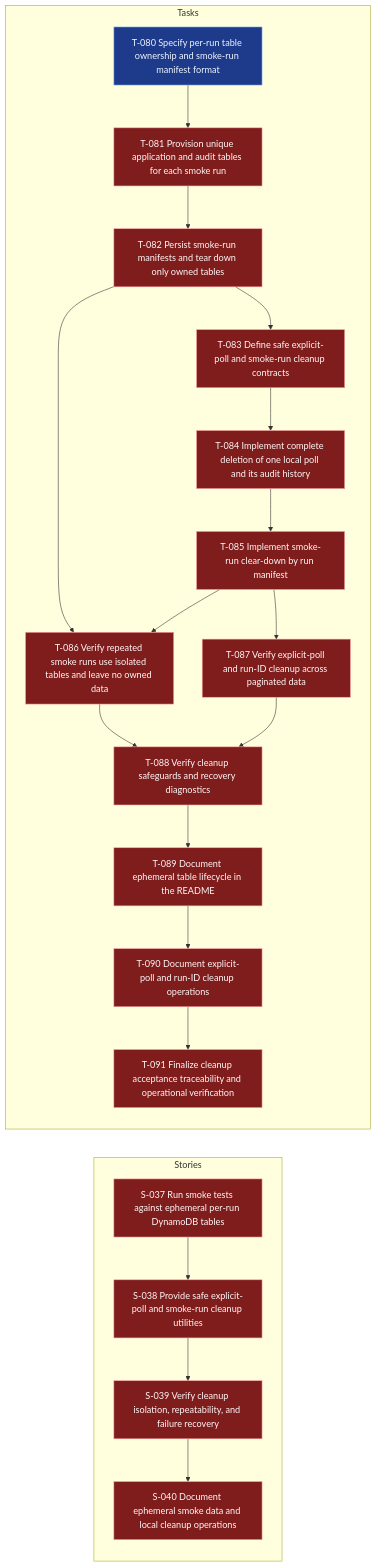
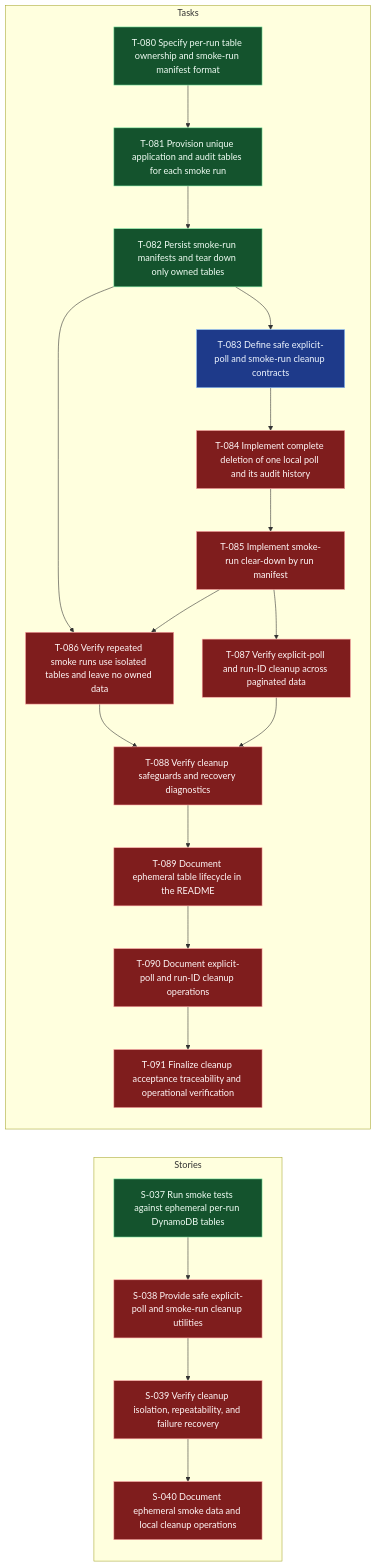
The diagram in .worktracker/graphs/E-011.mmd (andybalham/invite-agent), drawn with Mermaid before and after one commit. The commit also changed 18 other files, not shown here.

First line of the commit message:
feat(smoke-tests): implement smoke run manifest management and cleanup utilities

```diff
--- a/.worktracker/graphs/E-011.mmd
+++ b/.worktracker/graphs/E-011.mmd
@@ -1,58 +1,58 @@
 graph LR
   classDef done fill:#14532d,stroke:#86efac,color:#f0fdf4;
   classDef blocked fill:#7f1d1d,stroke:#fca5a5,color:#fff7f7;
   classDef inprogress fill:#78350f,stroke:#fbbf24,color:#fffbeb;
   classDef todo fill:#1e3a8a,stroke:#93c5fd,color:#eff6ff;
   classDef empty fill:#374151,stroke:#d1d5db,color:#f9fafb,stroke-dasharray: 3 3;
   subgraph Stories
-    S037["S-037 Run smoke tests against ephemeral per-run DynamoDB tables"]:::blocked
+    S037["S-037 Run smoke tests against ephemeral per-run DynamoDB tables"]:::done
     S038["S-038 Provide safe explicit-poll and smoke-run cleanup utilities"]:::blocked
     S039["S-039 Verify cleanup isolation, repeatability, and failure recovery"]:::blocked
     S040["S-040 Document ephemeral smoke data and local cleanup operations"]:::blocked
     S037 --> S038
     S038 --> S039
     S039 --> S040
   end
   subgraph Tasks
-    T080["T-080 Specify per-run table ownership and smoke-run manifest format"]:::todo
-    T081["T-081 Provision unique application and audit tables for each smoke run"]:::blocked
-    T082["T-082 Persist smoke-run manifests and tear down only owned tables"]:::blocked
-    T083["T-083 Define safe explicit-poll and smoke-run cleanup contracts"]:::blocked
+    T080["T-080 Specify per-run table ownership and smoke-run manifest format"]:::done
+    T081["T-081 Provision unique application and audit tables for each smoke run"]:::done
+    T082["T-082 Persist smoke-run manifests and tear down only owned tables"]:::done
+    T083["T-083 Define safe explicit-poll and smoke-run cleanup contracts"]:::todo
     T084["T-084 Implement complete deletion of one local poll and its audit history"]:::blocked
     T085["T-085 Implement smoke-run clear-down by run manifest"]:::blocked
     T086["T-086 Verify repeated smoke runs use isolated tables and leave no owned data"]:::blocked
     T087["T-087 Verify explicit-poll and run-ID cleanup across paginated data"]:::blocked
     T088["T-088 Verify cleanup safeguards and recovery diagnostics"]:::blocked
     T089["T-089 Document ephemeral table lifecycle in the README"]:::blocked
     T090["T-090 Document explicit-poll and run-ID cleanup operations"]:::blocked
     T091["T-091 Finalize cleanup acceptance traceability and operational verification"]:::blocked
     T080 --> T081
     T081 --> T082
     T082 --> T083
     T082 --> T086
     T083 --> T084
     T084 --> T085
     T085 --> T086
     T085 --> T087
     T086 --> T088
     T087 --> T088
     T088 --> T089
     T089 --> T090
     T090 --> T091
   end
   click S037 "../entities/S-037-run-smoke-tests-against-ephemeral-per-run-dynamodb-tables.md"
   click S038 "../entities/S-038-provide-safe-explicit-poll-and-smoke-run-cleanup-utilities.md"
   click S039 "../entities/S-039-verify-cleanup-isolation-repeatability-and-failure-recovery.md"
   click S040 "../entities/S-040-document-ephemeral-smoke-data-and-local-cleanup-operations.md"
   click T080 "../entities/T-080-specify-per-run-table-ownership-and-smoke-run-manifest-format.md"
   click T081 "../entities/T-081-provision-unique-application-and-audit-tables-for-each-smoke-run.md"
   click T082 "../entities/T-082-persist-smoke-run-manifests-and-tear-down-only-owned-tables.md"
   click T083 "../entities/T-083-define-safe-explicit-poll-and-smoke-run-cleanup-contracts.md"
   click T084 "../entities/T-084-implement-complete-deletion-of-one-local-poll-and-its-audit-history.md"
   click T085 "../entities/T-085-implement-smoke-run-clear-down-by-run-manifest.md"
   click T086 "../entities/T-086-verify-repeated-smoke-runs-use-isolated-tables-and-leave-no-owned-data.md"
   click T087 "../entities/T-087-verify-explicit-poll-and-run-id-cleanup-across-paginated-data.md"
   click T088 "../entities/T-088-verify-cleanup-safeguards-and-recovery-diagnostics.md"
   click T089 "../entities/T-089-document-ephemeral-table-lifecycle-in-the-readme.md"
   click T090 "../entities/T-090-document-explicit-poll-and-run-id-cleanup-operations.md"
   click T091 "../entities/T-091-finalize-cleanup-acceptance-traceability-and-operational-verification.md"
```
